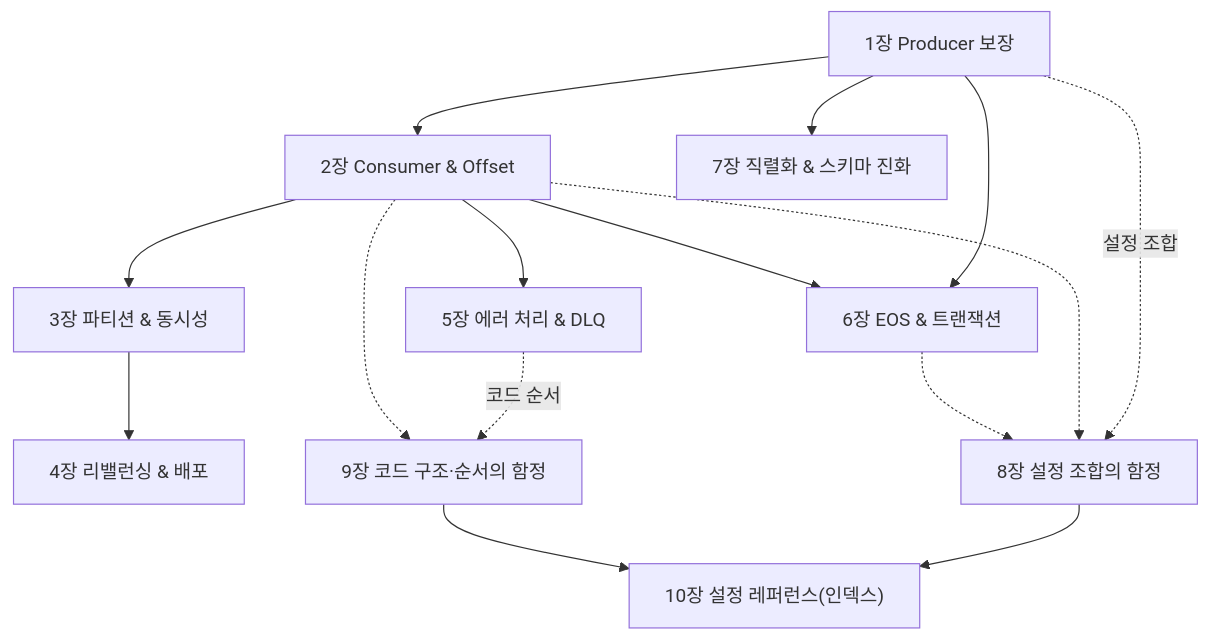
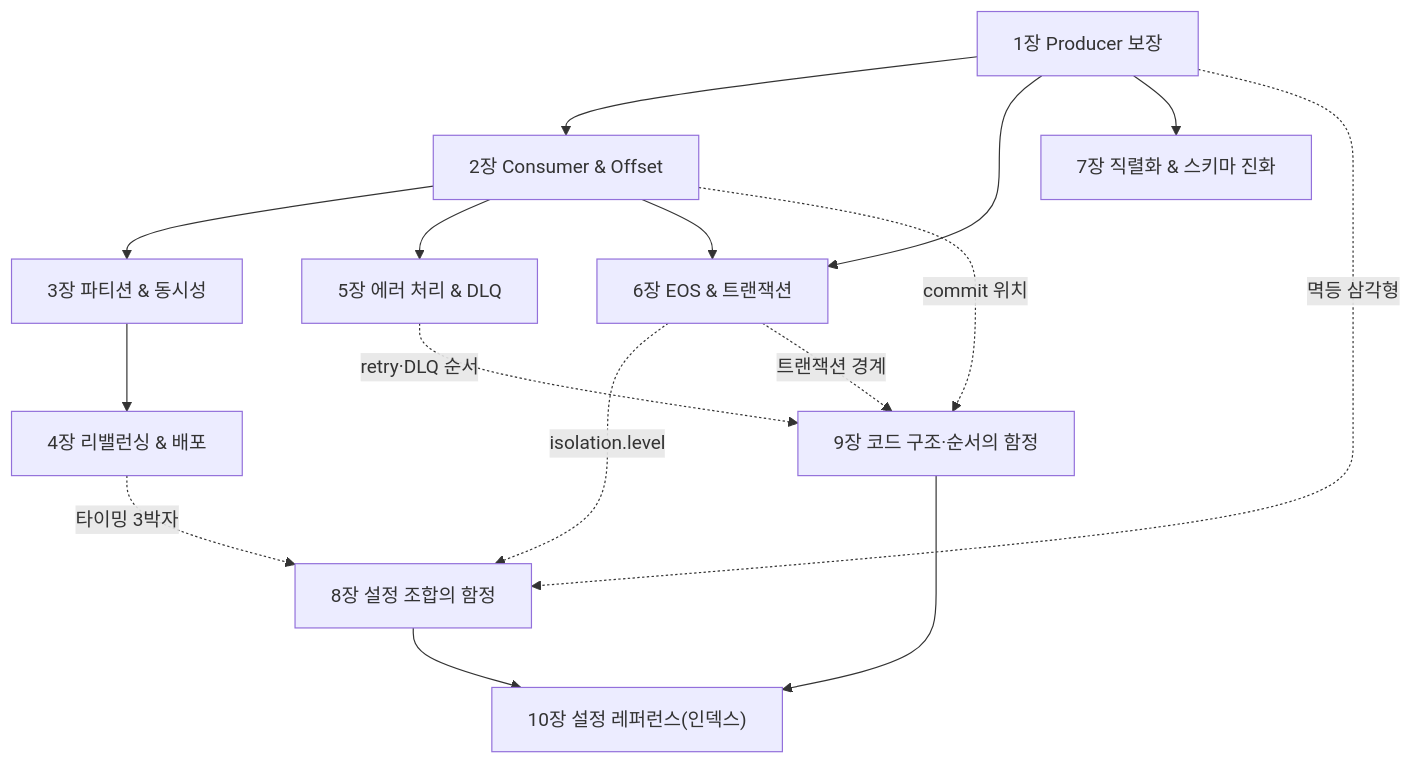
One commit to ghtjr410/kafka-lab changed the second of 2 diagrams in docs/book/2-spring/README.md. Above: the diagram before and after it, drawn with Mermaid. The commit also changed other lines of this file and 5 other files, not shown here.

````diff
--- a/docs/book/2-spring/README.md
+++ b/docs/book/2-spring/README.md
@@ -65,17 +66,18 @@
 ```mermaid
 graph TB
     C1["1장 Producer 보장"] --> C2["2장 Consumer & Offset"]
     C2 --> C3["3장 파티션 & 동시성"]
     C3 --> C4["4장 리밸런싱 & 배포"]
     C2 --> C5["5장 에러 처리 & DLQ"]
     C1 --> C6["6장 EOS & 트랜잭션"]
     C2 --> C6
     C1 --> C7["7장 직렬화 & 스키마 진화"]
-    C1 -.설정 조합.-> X8["8장 설정 조합의 함정"]
-    C2 -.-> X8
-    C6 -.-> X8
-    C5 -.코드 순서.-> X9["9장 코드 구조·순서의 함정"]
-    C2 -.-> X9
+    C1 -. "멱등 삼각형" .-> X8["8장 설정 조합의 함정"]
+    C4 -. "타이밍 3박자" .-> X8
+    C6 -. "isolation.level" .-> X8
+    C5 -. "retry·DLQ 순서" .-> X9["9장 코드 구조·순서의 함정"]
+    C2 -. "commit 위치" .-> X9
+    C6 -. "트랜잭션 경계" .-> X9
     X8 --> X10["10장 설정 레퍼런스(인덱스)"]
     X9 --> X10
 ```
````
